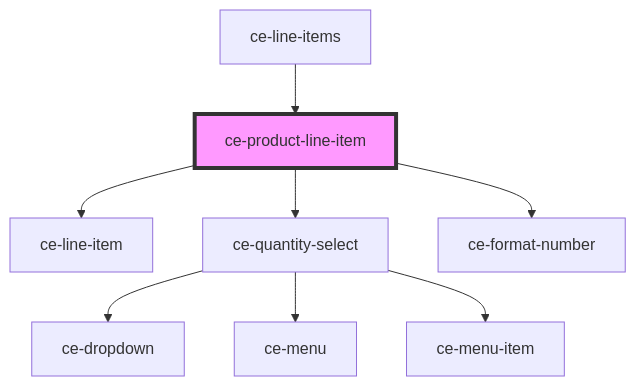
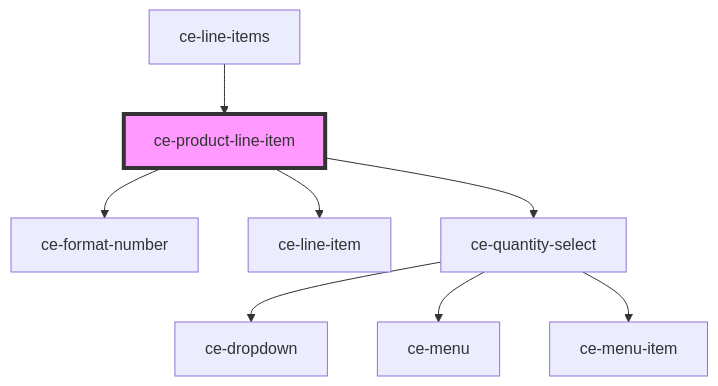
The diagram in packages/components/src/components/ui/product-line-item/readme.md (surecart/surecart-wp-plugin), drawn with Mermaid before and after one commit. The commit also changed other lines of this file and 60 other files, not shown here.

````diff
--- a/packages/components/src/components/ui/product-line-item/readme.md
+++ b/packages/components/src/components/ui/product-line-item/readme.md
@@ -43,11 +44,11 @@
 ```mermaid
 graph TD;
+  ce-product-line-item --> ce-format-number
   ce-product-line-item --> ce-line-item
   ce-product-line-item --> ce-quantity-select
-  ce-product-line-item --> ce-format-number
   ce-quantity-select --> ce-dropdown
   ce-quantity-select --> ce-menu
   ce-quantity-select --> ce-menu-item
   ce-line-items --> ce-product-line-item
   style ce-product-line-item fill:#f9f,stroke:#333,stroke-width:4px
 ```
````
